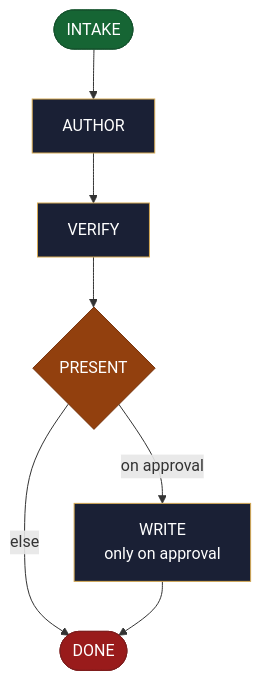
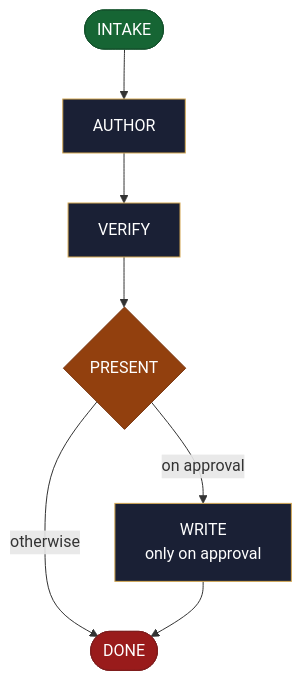
The diagram in site/src/content/docs/skills/aid-update-document.md (AndreVianna/aid-methodology), drawn with Mermaid before and after one commit. The commit also changed other lines of this file and 49 other files, not shown here.

````diff
--- a/site/src/content/docs/skills/aid-update-document.md
+++ b/site/src/content/docs/skills/aid-update-document.md
@@ -20,33 +20,33 @@
 ```mermaid
 flowchart TB
   classDef aidNode color:#fff
   classDef aidEntry fill:#166534,stroke:#14532d,color:#fff
   classDef aidExit fill:#991b1b,stroke:#7f1d1d,color:#fff
   classDef aidDecision fill:#92400e,stroke:#78350f,color:#fff
   classDef aidLoopBack fill:#1e3a8a,stroke:#1e3a8a,color:#fff
   classDef aidStep fill:#1a2035,stroke:#d4a853,color:#f1f5f9
   n1(["INTAKE"])
   n2["AUTHOR"]
   n3["VERIFY"]
   n4{"PRESENT"}
   n5["WRITE<br/>only on approval"]
   n6(["DONE"])
   n1 --> n2
   n2 --> n3
   n3 --> n4
   n4 -->|"on approval"| n5
-  n4 -->|"else"| n6
+  n4 -->|"otherwise"| n6
   n5 --> n6
   class n1 aidEntry
   class n2 aidStep
   class n3 aidStep
   class n4 aidDecision
   class n5 aidStep
   class n6 aidExit
   class n1 aidNode
   class n2 aidNode
   class n3 aidNode
   class n4 aidNode
   class n5 aidNode
   class n6 aidNode
 ```
````
